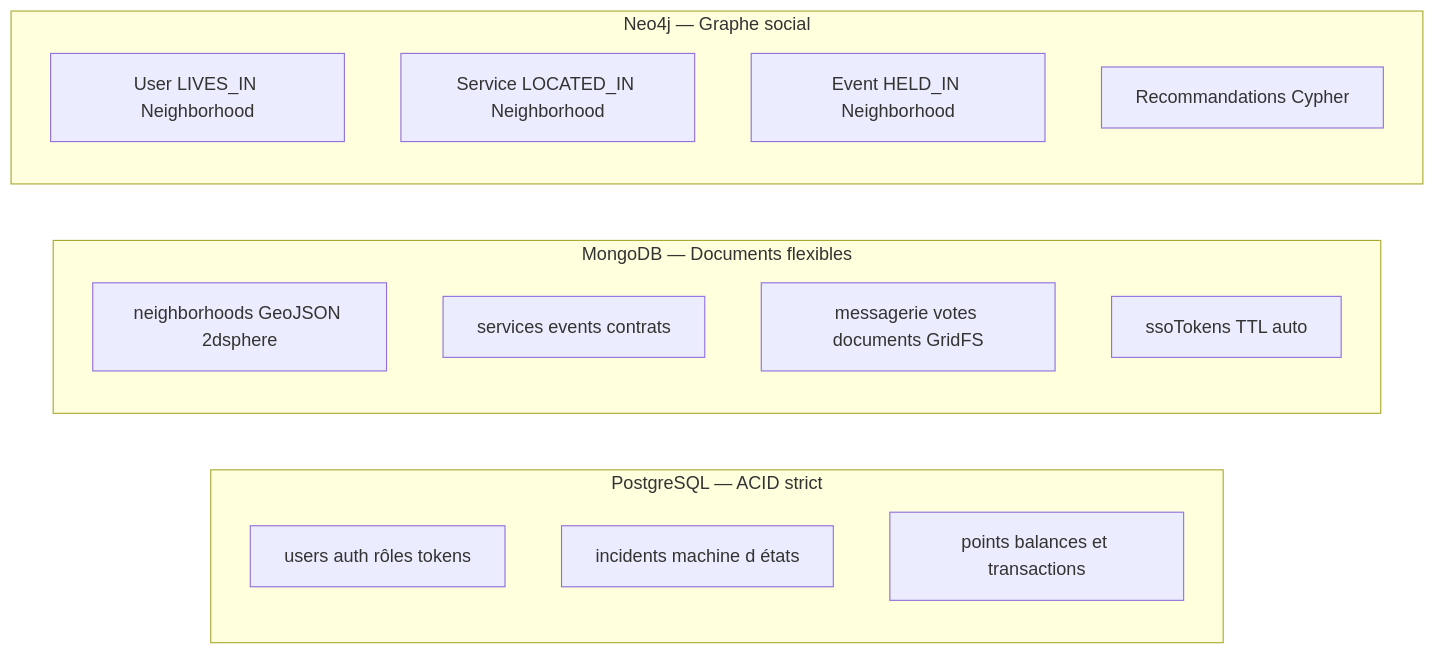
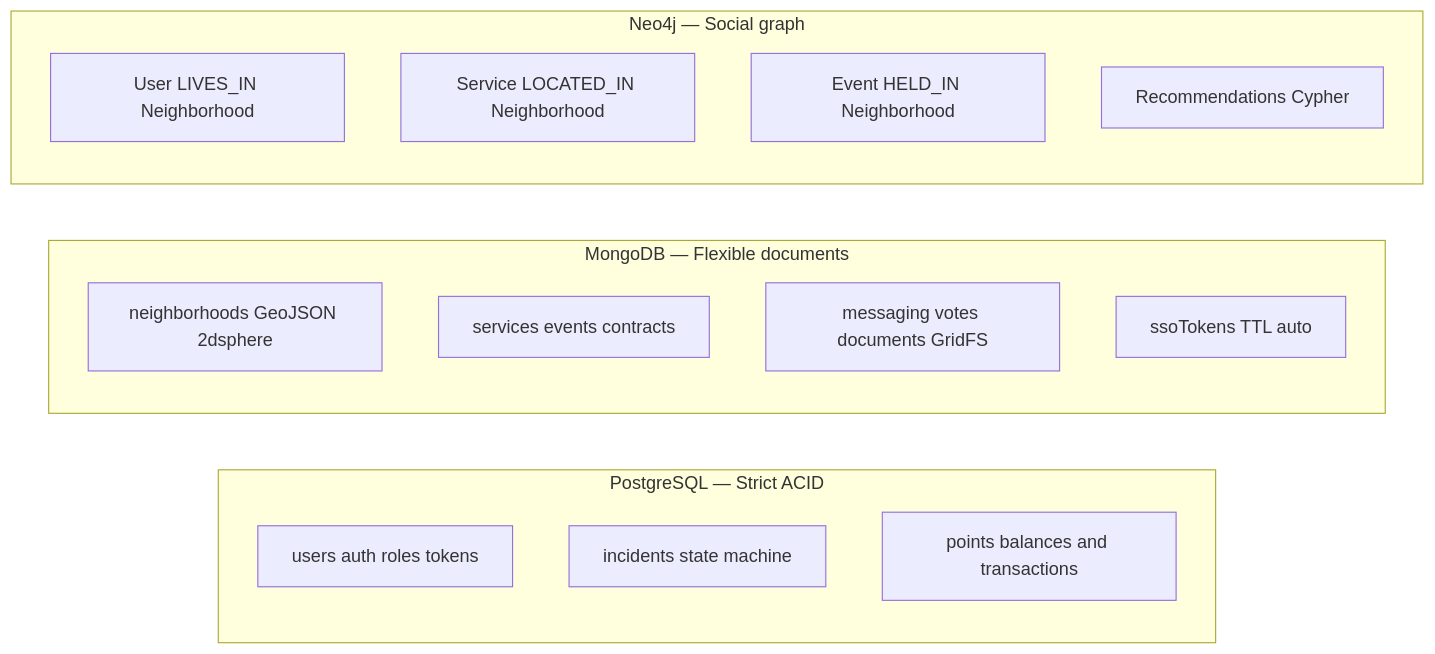
The second of 13 diagrams in docs/RAPPORT-TECHNIQUE.md (creibaud/QuartierConnect), drawn with Mermaid before and after one commit. The commit also changed other lines of this file and 155 other files, not shown here.

````diff
--- a/docs/RAPPORT-TECHNIQUE.md
+++ b/docs/RAPPORT-TECHNIQUE.md
@@ -130,22 +130,22 @@
 ```mermaid
 graph LR
-    subgraph "PostgreSQL — ACID strict"
-        PG1[users auth rôles tokens]
-        PG2[incidents machine d états]
-        PG3[points balances et transactions]
+    subgraph "PostgreSQL — Strict ACID"
+        PG1[users auth roles tokens]
+        PG2[incidents state machine]
+        PG3[points balances and transactions]
     end
 
-    subgraph "MongoDB — Documents flexibles"
+    subgraph "MongoDB — Flexible documents"
         M1[neighborhoods GeoJSON 2dsphere]
-        M2[services events contrats]
-        M3[messagerie votes documents GridFS]
+        M2[services events contracts]
+        M3[messaging votes documents GridFS]
         M4[ssoTokens TTL auto]
     end
 
-    subgraph "Neo4j — Graphe social"
+    subgraph "Neo4j — Social graph"
         N1[User LIVES_IN Neighborhood]
         N2[Service LOCATED_IN Neighborhood]
         N3[Event HELD_IN Neighborhood]
-        N4[Recommandations Cypher]
+        N4[Recommendations Cypher]
     end
 ```
````
